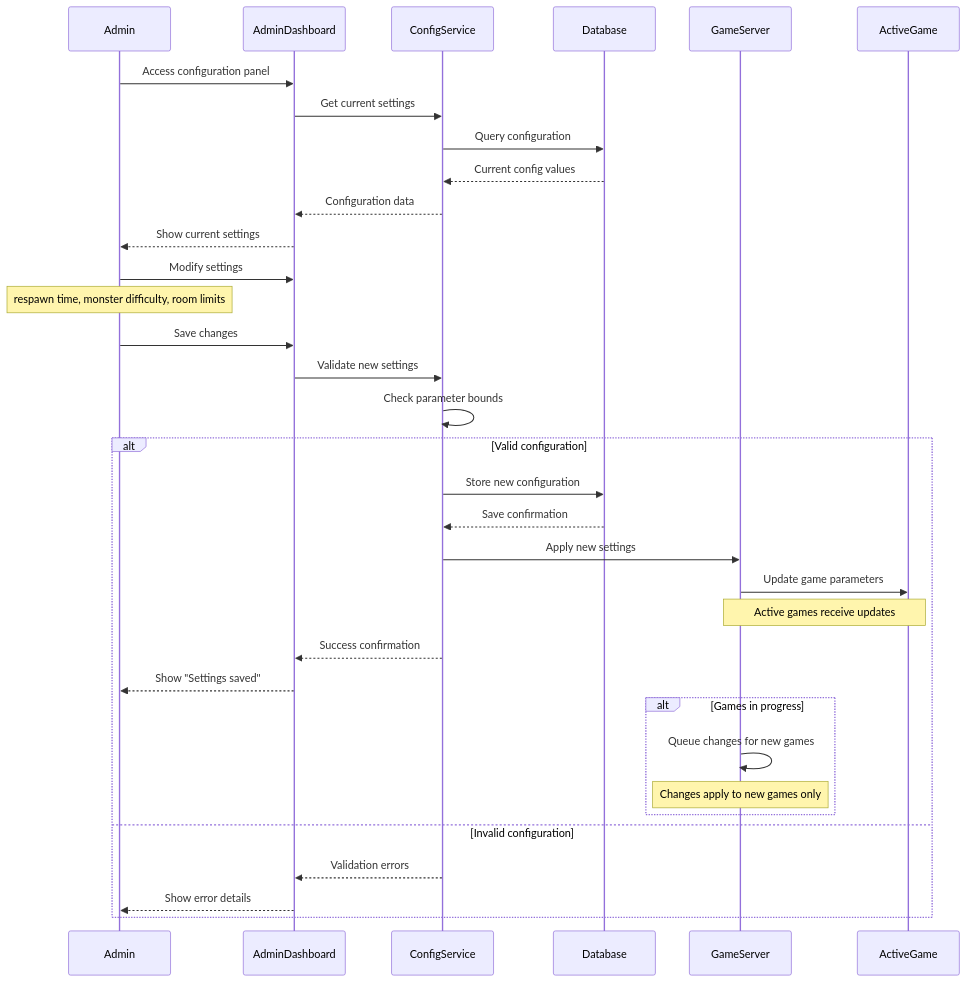
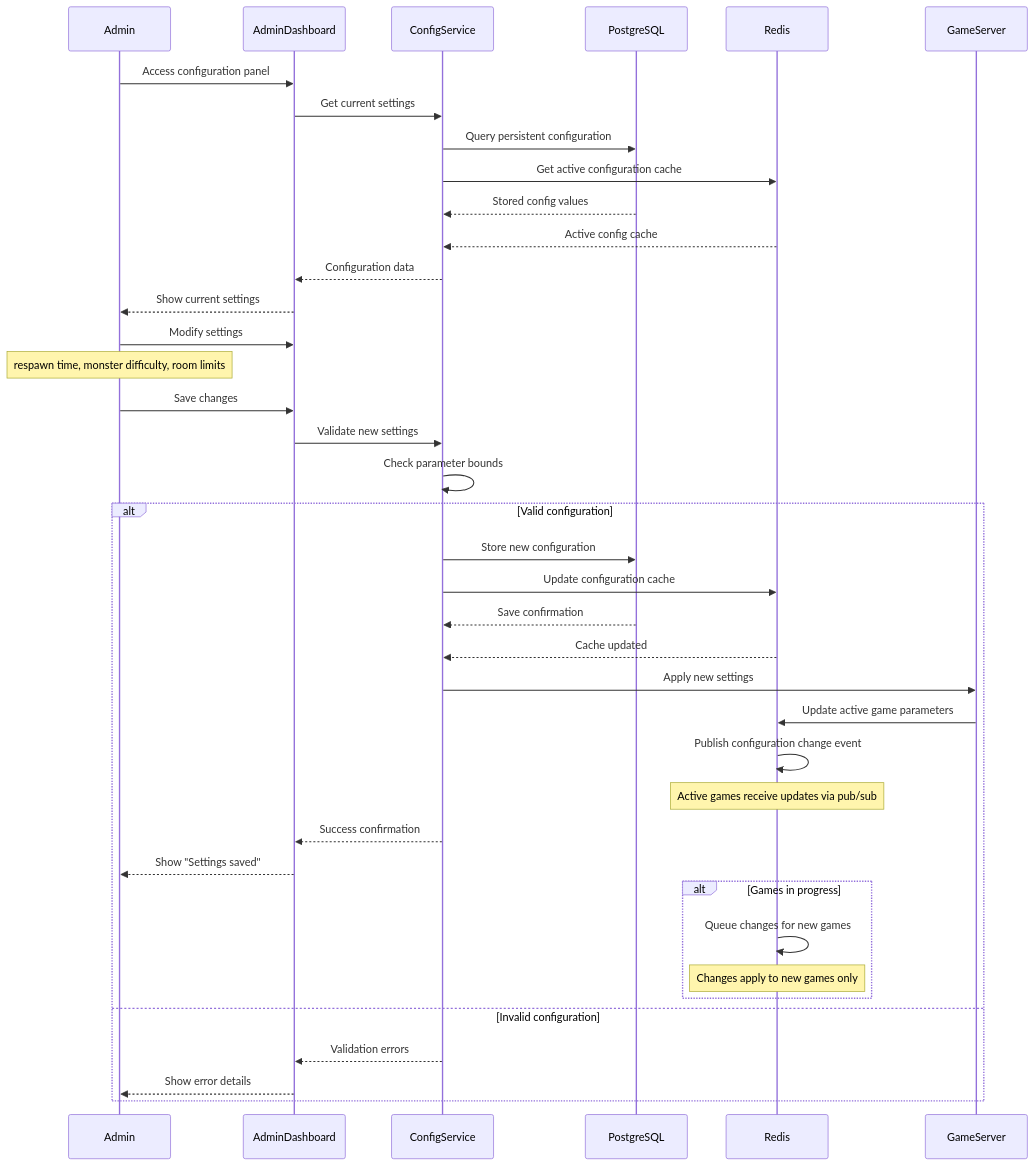
Before and after one commit to alexmakeev/bomberman: the diagram in docs/sequence-diagrams/admin/uc-a004-configure-game-parameters.md, drawn with Mermaid. The commit also changed 25 other files, not shown here.

First line of the commit message:
Implement unified event system architecture for maximum code reuse

````diff
--- a/docs/sequence-diagrams/admin/uc-a004-configure-game-parameters.md
+++ b/docs/sequence-diagrams/admin/uc-a004-configure-game-parameters.md
@@ -3,43 +3,48 @@
 ```mermaid
 sequenceDiagram
     participant Admin
     participant AdminDashboard
     participant ConfigService
-    participant Database
+    participant PostgreSQL
+    participant Redis
     participant GameServer
-    participant ActiveGame
 
     Admin->>AdminDashboard: Access configuration panel
     AdminDashboard->>ConfigService: Get current settings
-    ConfigService->>Database: Query configuration
-    Database-->>ConfigService: Current config values
+    ConfigService->>PostgreSQL: Query persistent configuration
+    ConfigService->>Redis: Get active configuration cache
+    PostgreSQL-->>ConfigService: Stored config values
+    Redis-->>ConfigService: Active config cache
     ConfigService-->>AdminDashboard: Configuration data
     AdminDashboard-->>Admin: Show current settings
 
     Admin->>AdminDashboard: Modify settings
     Note over Admin: respawn time, monster difficulty, room limits
     Admin->>AdminDashboard: Save changes
     
     AdminDashboard->>ConfigService: Validate new settings
     ConfigService->>ConfigService: Check parameter bounds
     
     alt Valid configuration
-        ConfigService->>Database: Store new configuration
-        Database-->>ConfigService: Save confirmation
+        ConfigService->>PostgreSQL: Store new configuration
+        ConfigService->>Redis: Update configuration cache
+        PostgreSQL-->>ConfigService: Save confirmation
+        Redis-->>ConfigService: Cache updated
         ConfigService->>GameServer: Apply new settings
         
-        GameServer->>ActiveGame: Update game parameters
-        Note over GameServer,ActiveGame: Active games receive updates
+        GameServer->>Redis: Update active game parameters
+        Redis->>Redis: Publish configuration change event
+        Note over Redis: Active games receive updates via pub/sub
         
         ConfigService-->>AdminDashboard: Success confirmation
         AdminDashboard-->>Admin: Show "Settings saved"
         
         alt Games in progress
-            GameServer->>GameServer: Queue changes for new games
-            Note over GameServer: Changes apply to new games only
+            Redis->>Redis: Queue changes for new games
+            Note over Redis: Changes apply to new games only
         end
     else Invalid configuration
         ConfigService-->>AdminDashboard: Validation errors
         AdminDashboard-->>Admin: Show error details
     end
 ```
````
